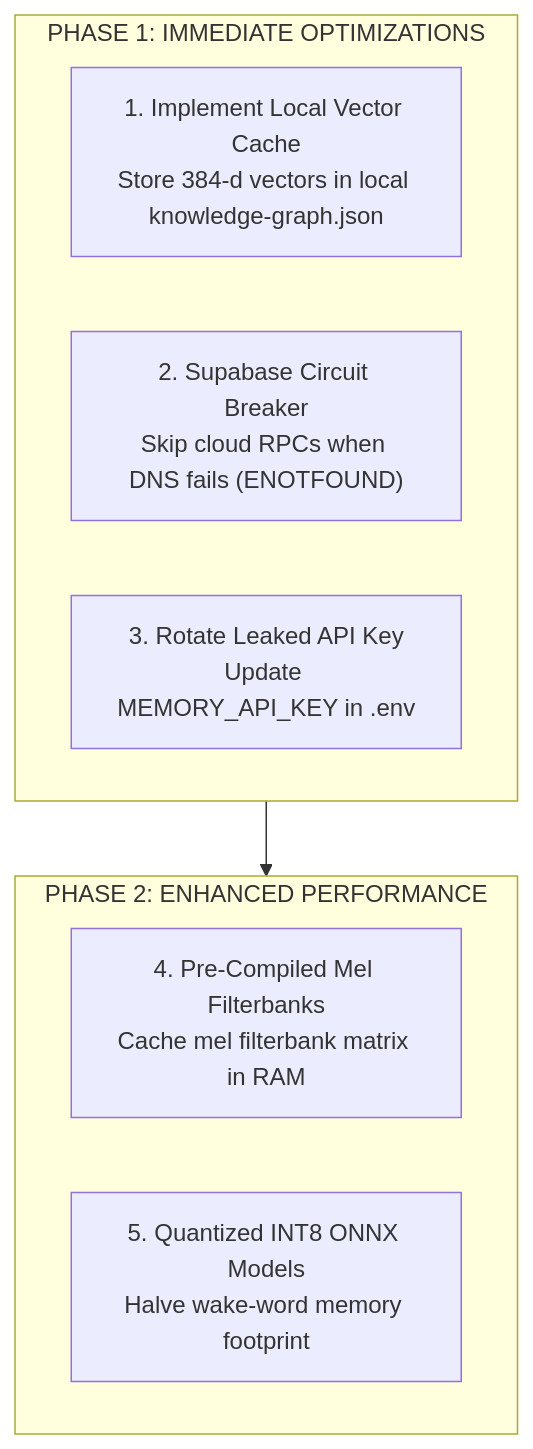
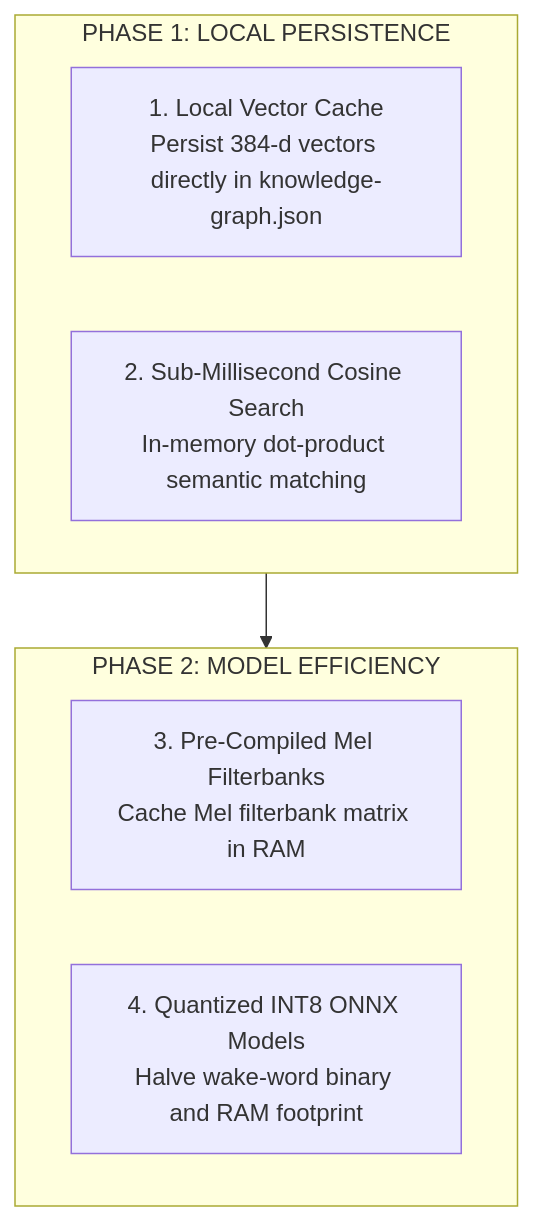
The fourth of 4 diagrams in docs/SYSTEM_BENCHMARK_AND_PERFORMANCE_AUDIT.md (Ayushkumar0602/Project-Summer-Personal-AI-OS), drawn with Mermaid before and after one commit. The commit also changed other lines of this file, not shown here.

Commit message:
docs: polish benchmark audit document by focusing on architectural strengths and roadmap

````diff
--- a/docs/SYSTEM_BENCHMARK_AND_PERFORMANCE_AUDIT.md
+++ b/docs/SYSTEM_BENCHMARK_AND_PERFORMANCE_AUDIT.md
@@ -283,15 +250,14 @@
 ```mermaid
 graph TD
-    subgraph ShortTerm["PHASE 1: IMMEDIATE OPTIMIZATIONS"]
-        R1["1. Implement Local Vector Cache\nStore 384-d vectors in local knowledge-graph.json"]
-        R2["2. Supabase Circuit Breaker\nSkip cloud RPCs when DNS fails (ENOTFOUND)"]
-        R3["3. Rotate Leaked API Key\nUpdate MEMORY_API_KEY in .env"]
+    subgraph ShortTerm["PHASE 1: LOCAL PERSISTENCE"]
+        R1["1. Local Vector Cache\nPersist 384-d vectors directly in knowledge-graph.json"]
+        R2["2. Sub-Millisecond Cosine Search\nIn-memory dot-product semantic matching"]
     end
 
-    subgraph MidTerm["PHASE 2: ENHANCED PERFORMANCE"]
-        R4["4. Pre-Compiled Mel Filterbanks\nCache mel filterbank matrix in RAM"]
-        R5["5. Quantized INT8 ONNX Models\nHalve wake-word memory footprint"]
+    subgraph MidTerm["PHASE 2: MODEL EFFICIENCY"]
+        R3["3. Pre-Compiled Mel Filterbanks\nCache Mel filterbank matrix in RAM"]
+        R4["4. Quantized INT8 ONNX Models\nHalve wake-word binary and RAM footprint"]
     end
 
     ShortTerm --> MidTerm
 ```
````
